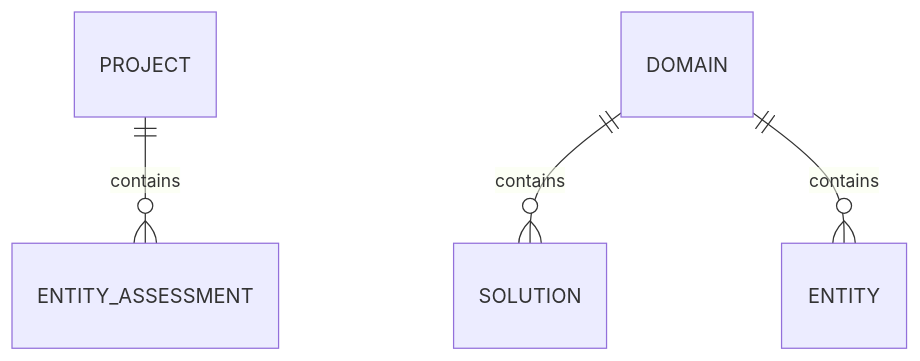
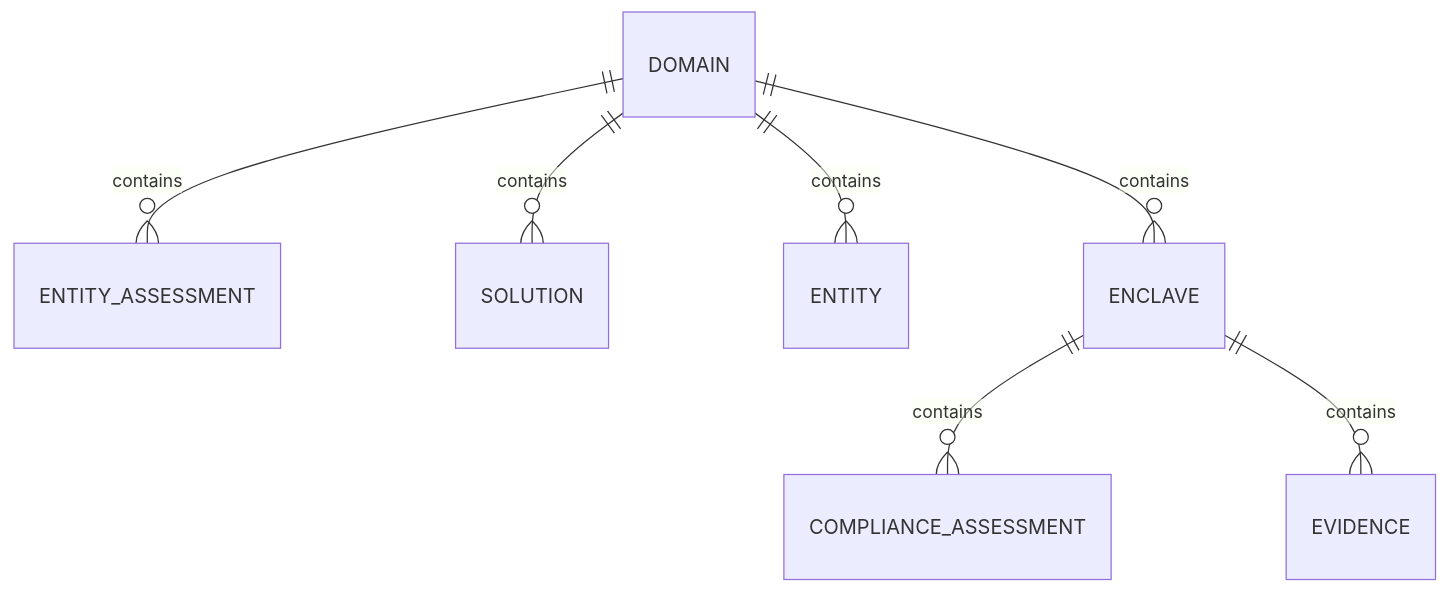
One commit to intuitem/ciso-assistant-community changed the ninth of 9 diagrams in documentation/architecture/data-model.md. Above: the diagram before and after it, drawn with Mermaid. The commit also changed other lines of this file, not shown here.

````diff
--- a/documentation/architecture/data-model.md
+++ b/documentation/architecture/data-model.md
@@ -1214,6 +1217,9 @@
 ```mermaid
 erDiagram
-    PROJECT         ||--o{ ENTITY_ASSESSMENT    : contains
-    DOMAIN          ||--o{ SOLUTION             : contains
-    DOMAIN          ||--o{ ENTITY               : contains
+    DOMAIN          ||--o{ ENTITY_ASSESSMENT     : contains
+    DOMAIN          ||--o{ SOLUTION              : contains
+    DOMAIN          ||--o{ ENTITY                : contains
+    DOMAIN          ||--o{ ENCLAVE               : contains
+    ENCLAVE         ||--o{ COMPLIANCE_ASSESSMENT : contains
+    ENCLAVE         ||--o{ EVIDENCE              : contains
 ```
````
